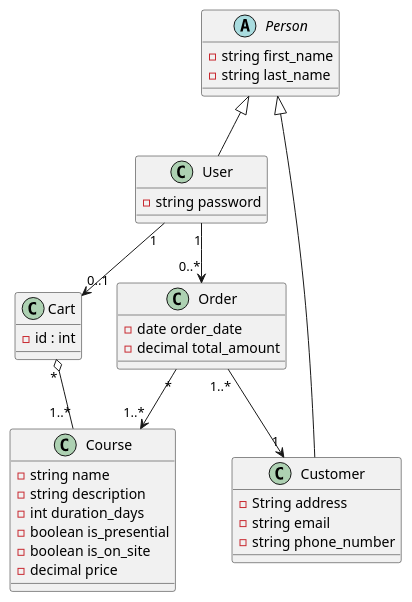
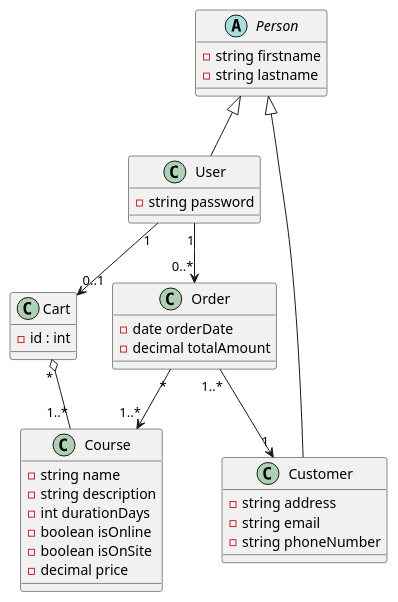
One commit to AmandineGrardLaurent/JavaEvaluationBusiness changed the diagram in docs/diagram_classes.puml. Above: the diagram before and after it, drawn with PlantUML.

Commit message:
fix: Refactor attribute names to follow camelCase convention

```diff
--- a/docs/diagram_classes.puml
+++ b/docs/diagram_classes.puml
@@ -1,46 +1,46 @@
 @startuml
 
 abstract class Person {
-    - string first_name
-    - string last_name
+    - string firstname
+    - string lastname
 }
 
 class User {
     - string password
 }
 
 class Customer {
-    - String address
+    - string address
     - string email
-    - string phone_number
+    - string phoneNumber
 }
 
 Person <|-- User
 Person <|-- Customer
 
 class Course {
     - string name
     - string description
-    - int duration_days
-    - boolean is_presential
-    - boolean is_on_site
+    - int durationDays
+    - boolean isOnline
+    - boolean isOnSite
     - decimal price
 }
 
 class Cart {
     - id : int
 }
 
 Cart "*" o-- "1..*" Course
 User "1" --> "0..1" Cart
 
 class Order {
-    - date order_date
-    - decimal total_amount
+    - date orderDate
+    - decimal totalAmount
 }
 
 Order "*" --> "1..*" Course
 Order "1..*" --> "1" Customer
 User "1" --> "0..*" Order
 
 @enduml
```
